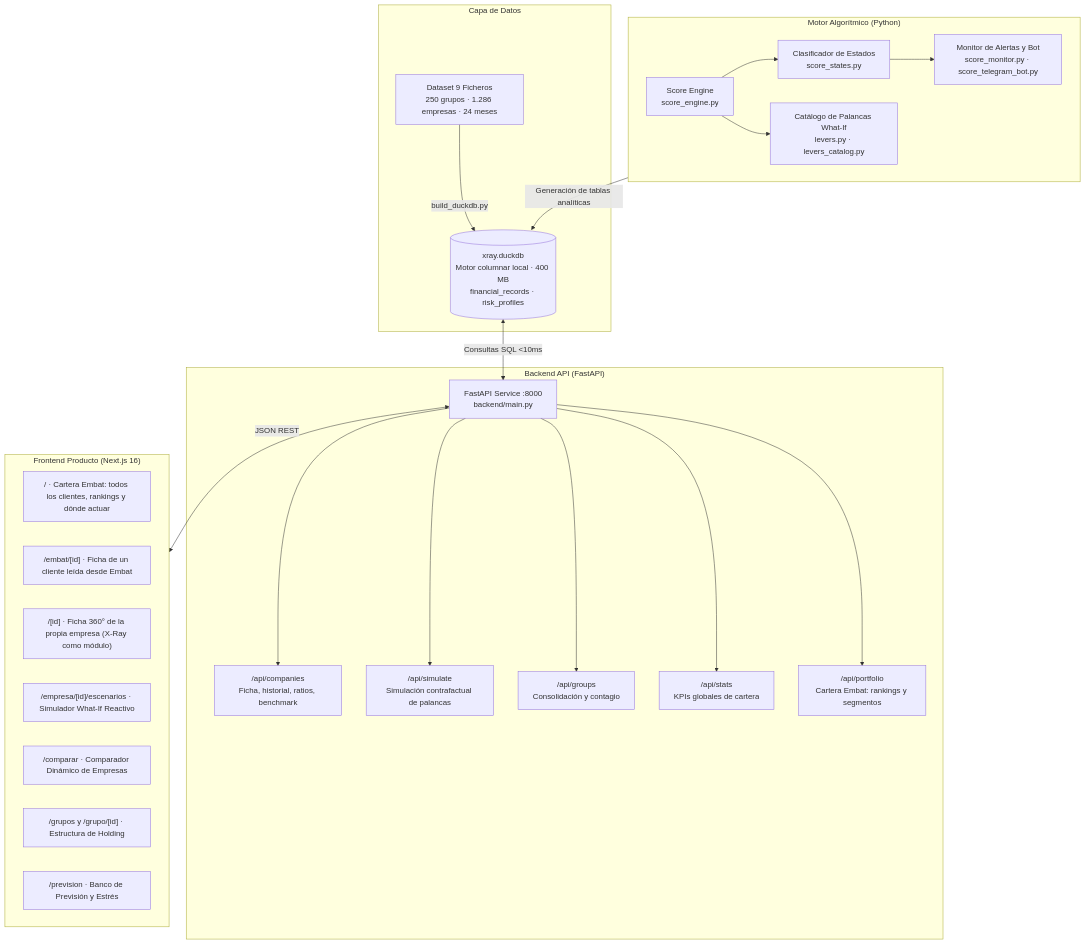
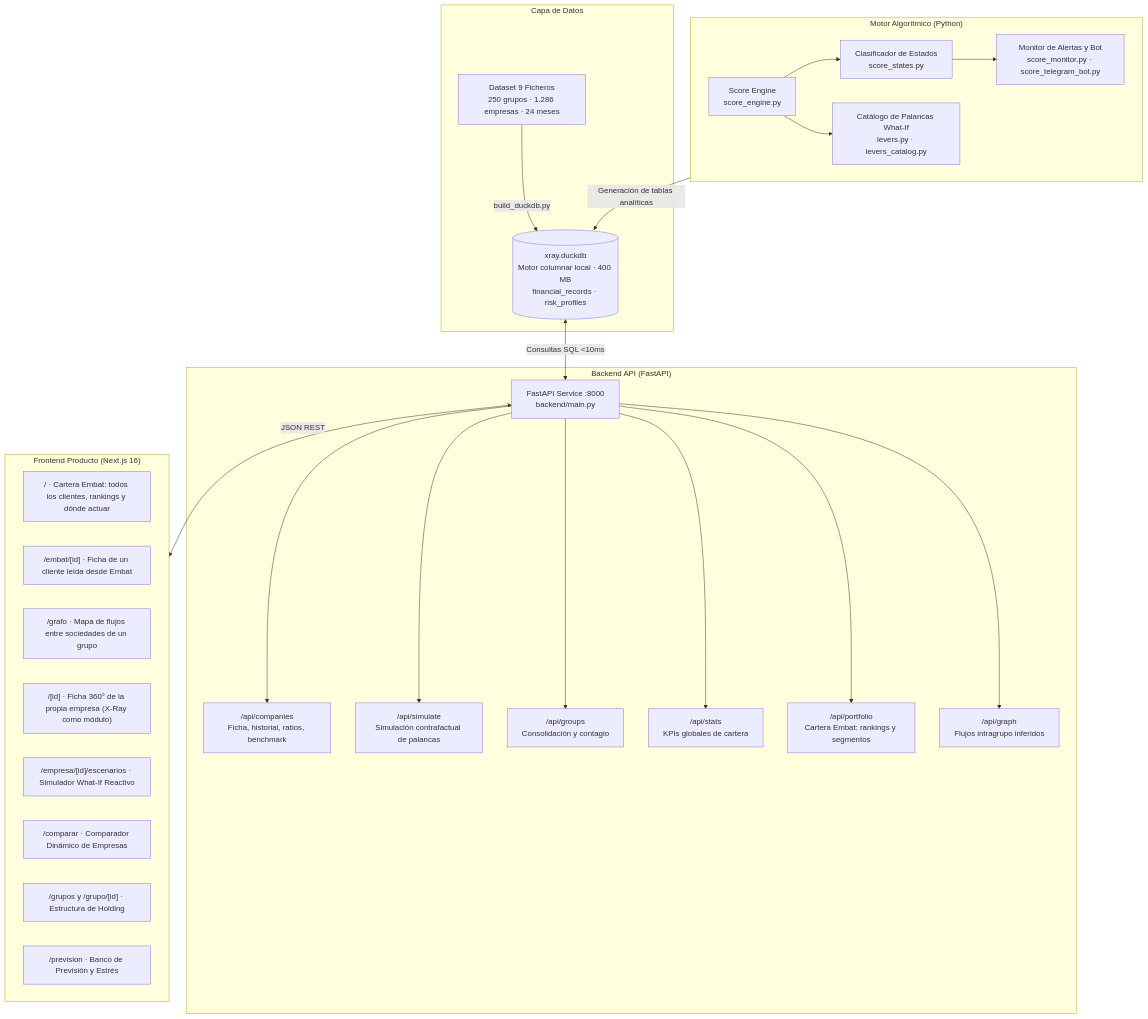
Before and after one commit to antoniomachuca/hackspain-2026-embat: the diagram in README.md, drawn with Mermaid. The commit also changed other lines of this file and 14 other files, not shown here.

````diff
--- a/README.md
+++ b/README.md
@@ -149,46 +149,49 @@
 ```mermaid
 flowchart TD
   subgraph DATOS["Capa de Datos"]
     CSV["Dataset 9 Ficheros<br>250 grupos · 1.286 empresas · 24 meses"]
     DUCK[("xray.duckdb<br>Motor columnar local · 400 MB<br>financial_records · risk_profiles")]
     CSV -->|build_duckdb.py| DUCK
   end
 
   subgraph CORE["Motor Algorítmico (Python)"]
     ENG["Score Engine<br>score_engine.py"]
     STA["Clasificador de Estados<br>score_states.py"]
     LEV["Catálogo de Palancas What-If<br>levers.py · levers_catalog.py"]
     MON["Monitor de Alertas y Bot<br>score_monitor.py · score_telegram_bot.py"]
     ENG --> STA
     ENG --> LEV
     STA --> MON
   end
 
   subgraph API["Backend API (FastAPI)"]
     FAST["FastAPI Service :8000<br>backend/main.py"]
     R_COMP["/api/companies<br>Ficha, historial, ratios, benchmark"]
     R_SIM["/api/simulate<br>Simulación contrafactual de palancas"]
     R_GRP["/api/groups<br>Consolidación y contagio"]
     R_STAT["/api/stats<br>KPIs globales de cartera"]
     R_PORT["/api/portfolio<br>Cartera Embat: rankings y segmentos"]
+    R_GRAPH["/api/graph<br>Flujos intragrupo inferidos"]
     FAST --> R_COMP
     FAST --> R_SIM
     FAST --> R_GRP
     FAST --> R_STAT
     FAST --> R_PORT
+    FAST --> R_GRAPH
   end
 
   subgraph FRONT["Frontend Producto (Next.js 16)"]
     DASH["/ · Cartera Embat: todos los clientes, rankings y dónde actuar"]
     CLIENTE["/embat/[id] · Ficha de un cliente leída desde Embat"]
+    GRAFO["/grafo · Mapa de flujos entre sociedades de un grupo"]
     FICHA["/[id] · Ficha 360° de la propia empresa (X-Ray como módulo)"]
     SIM["/empresa/[id]/escenarios · Simulador What-If Reactivo"]
     COMP["/comparar · Comparador Dinámico de Empresas"]
     GRUP["/grupos y /grupo/[id] · Estructura de Holding"]
     PREV["/prevision · Banco de Previsión y Estrés"]
   end
 
   DUCK <-->|Consultas SQL <10ms| FAST
   CORE -->|Generación de tablas analíticas| DUCK
   FAST <-->|JSON REST| FRONT
 ```
````
